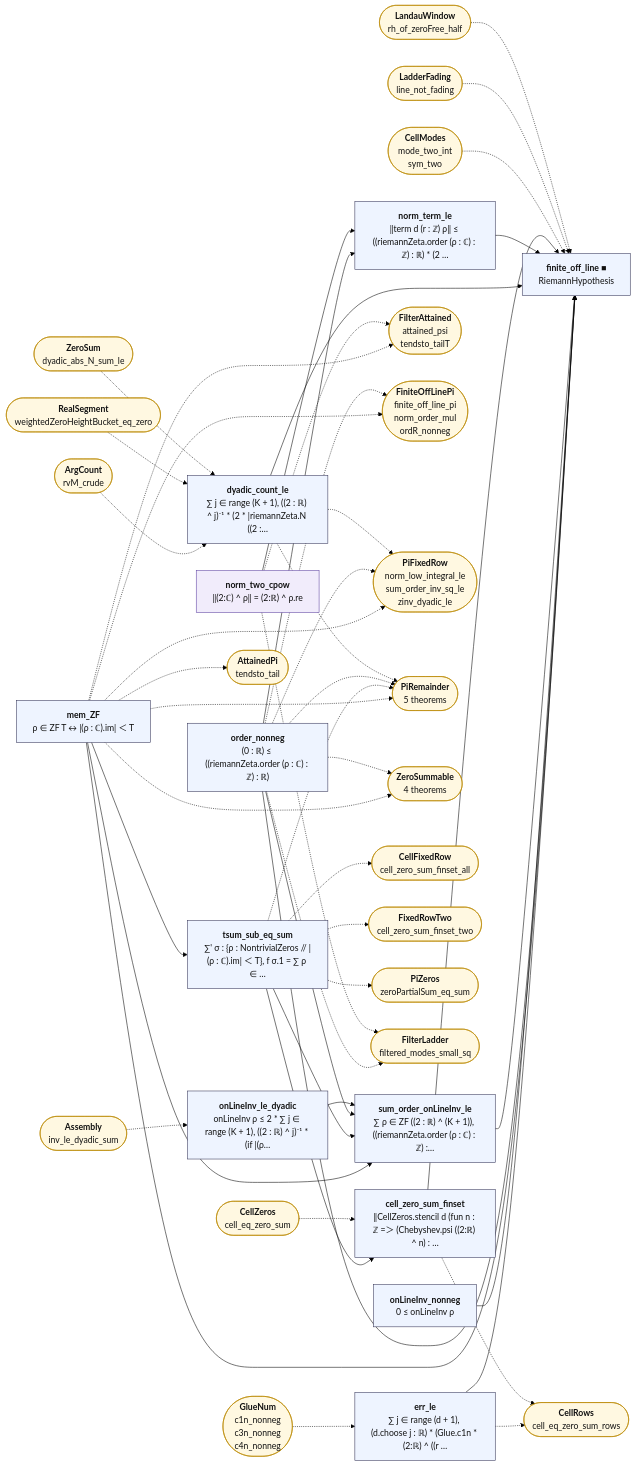
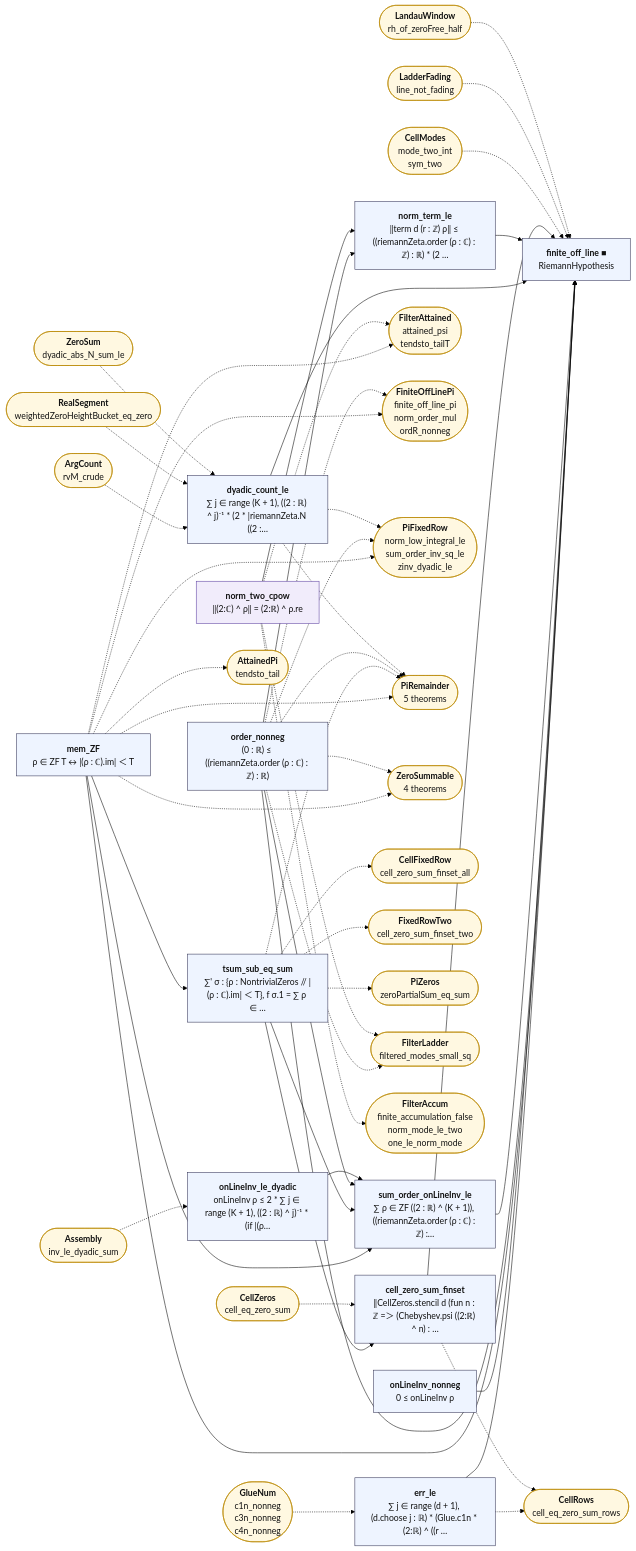
One commit to juliansambranojr/Primebeat_081426 changed the diagram in map/lean_stage3/FiniteOffLine.mmd. Above: the diagram before and after it, drawn with Mermaid (forest theme). The commit also changed 33 other files, not shown here.

First line of the commit message:
Block S3: modes accumulating at finitely many points contradict the ladder bound (unit 0468)

```diff
--- a/map/lean_stage3/FiniteOffLine.mmd
+++ b/map/lean_stage3/FiniteOffLine.mmd
@@ -1,87 +1,89 @@
 flowchart LR
   n0["<b>mem_ZF</b><br/>ρ ∈ ZF T ↔ |(ρ : ℂ).im| ＜ T"]:::thm
   n1["<b>tsum_sub_eq_sum</b><br/>∑' σ : {ρ : NontrivialZeros // |(ρ : ℂ).im| ＜ T}, f σ.1 = ∑ ρ ∈ …"]:::thm
   n2["<b>order_nonneg</b><br/>(0 : ℝ) ≤ ((riemannZeta.order (ρ : ℂ) : ℤ) : ℝ)"]:::thm
   n3["<b>onLineInv_nonneg</b><br/>0 ≤ onLineInv ρ"]:::thm
   n4["<b>onLineInv_le_dyadic</b><br/>onLineInv ρ ≤ 2 * ∑ j ∈ range (K + 1), ((2 : ℝ) ^ j)⁻¹ * (if |(ρ…"]:::thm
   n5["<b>sum_order_onLineInv_le</b><br/>∑ ρ ∈ ZF ((2 : ℝ) ^ (K + 1)), ((riemannZeta.order (ρ : ℂ) : ℤ) :…"]:::thm
   n6["<b>dyadic_count_le</b><br/>∑ j ∈ range (K + 1), ((2 : ℝ) ^ j)⁻¹ * (2 * |riemannZeta.N ((2 :…"]:::thm
   n7["<b>norm_two_cpow</b><br/>‖(2:ℂ) ^ ρ‖ = (2:ℝ) ^ ρ.re"]:::shp
   n8["<b>norm_term_le</b><br/>‖term d (r : ℤ) ρ‖ ≤ ((riemannZeta.order (ρ : ℂ) : ℤ) : ℝ) * (2 …"]:::thm
   n9["<b>cell_zero_sum_finset</b><br/>‖CellZeros.stencil d (fun n : ℤ =＞ (Chebyshev.psi ((2:ℝ) ^ n) : …"]:::thm
   n10["<b>err_le</b><br/>∑ j ∈ range (d + 1), (d.choose j : ℝ) * (Glue.c1n * (2:ℝ) ^ ((r …"]:::thm
   n11["<b>finite_off_line ■</b><br/>RiemannHypothesis"]:::thm
   x0(["<b>AttainedPi</b><br/>tendsto_tail"]):::ext
   x1(["<b>FilterAttained</b><br/>attained_psi<br/>tendsto_tailT"]):::ext
   x2(["<b>FiniteOffLinePi</b><br/>finite_off_line_pi<br/>norm_order_mul<br/>ordR_nonneg"]):::ext
   x3(["<b>PiFixedRow</b><br/>norm_low_integral_le<br/>sum_order_inv_sq_le<br/>zinv_dyadic_le"]):::ext
   x4(["<b>PiRemainder</b><br/>5 theorems"]):::ext
   x5(["<b>ZeroSummable</b><br/>4 theorems"]):::ext
   x6(["<b>CellFixedRow</b><br/>cell_zero_sum_finset_all"]):::ext
   x7(["<b>FixedRowTwo</b><br/>cell_zero_sum_finset_two"]):::ext
   x8(["<b>PiZeros</b><br/>zeroPartialSum_eq_sum"]):::ext
   x9(["<b>FilterLadder</b><br/>filtered_modes_small_sq"]):::ext
   x10(["<b>Assembly</b><br/>inv_le_dyadic_sum"]):::ext
   x11(["<b>ArgCount</b><br/>rvM_crude"]):::ext
   x12(["<b>RealSegment</b><br/>weightedZeroHeightBucket_eq_zero"]):::ext
   x13(["<b>ZeroSum</b><br/>dyadic_abs_N_sum_le"]):::ext
-  x14(["<b>CellZeros</b><br/>cell_eq_zero_sum"]):::ext
-  x15(["<b>CellRows</b><br/>cell_eq_zero_sum_rows"]):::ext
-  x16(["<b>GlueNum</b><br/>c1n_nonneg<br/>c3n_nonneg<br/>c4n_nonneg"]):::ext
-  x17(["<b>CellModes</b><br/>mode_two_int<br/>sym_two"]):::ext
-  x18(["<b>LadderFading</b><br/>line_not_fading"]):::ext
-  x19(["<b>LandauWindow</b><br/>rh_of_zeroFree_half"]):::ext
+  x14(["<b>FilterAccum</b><br/>finite_accumulation_false<br/>norm_mode_le_two<br/>one_le_norm_mode"]):::ext
+  x15(["<b>CellZeros</b><br/>cell_eq_zero_sum"]):::ext
+  x16(["<b>CellRows</b><br/>cell_eq_zero_sum_rows"]):::ext
+  x17(["<b>GlueNum</b><br/>c1n_nonneg<br/>c3n_nonneg<br/>c4n_nonneg"]):::ext
+  x18(["<b>CellModes</b><br/>mode_two_int<br/>sym_two"]):::ext
+  x19(["<b>LadderFading</b><br/>line_not_fading"]):::ext
+  x20(["<b>LandauWindow</b><br/>rh_of_zeroFree_half"]):::ext
   n0 --> n1
   n0 --> n11
   n0 --> n5
   n1 --> n5
   n1 --> n9
   n10 --> n11
   n2 --> n11
   n2 --> n5
   n2 --> n8
   n3 --> n11
   n4 --> n5
   n5 --> n11
   n6 --> n11
   n7 --> n8
   n8 --> n11
   n9 --> n11
   n0 -.-> x0
   n0 -.-> x1
   n0 -.-> x2
   n0 -.-> x3
   n0 -.-> x4
   n0 -.-> x5
   n1 -.-> x4
   n1 -.-> x6
   n1 -.-> x7
   n1 -.-> x8
-  n10 -.-> x15
+  n10 -.-> x16
   n2 -.-> x2
   n2 -.-> x3
   n2 -.-> x4
   n2 -.-> x5
   n2 -.-> x9
   n6 -.-> x3
   n6 -.-> x4
   n7 -.-> x1
+  n7 -.-> x14
   n7 -.-> x9
-  n9 -.-> x15
+  n9 -.-> x16
   x10 -.-> n4
   x11 -.-> n6
   x12 -.-> n6
   x13 -.-> n6
-  x14 -.-> n9
-  x16 -.-> n10
-  x17 -.-> n11
+  x15 -.-> n9
+  x17 -.-> n10
   x18 -.-> n11
   x19 -.-> n11
+  x20 -.-> n11
   classDef cnt fill:#dff5ec,stroke:#17694a,color:#111
   classDef shp fill:#f1ecfb,stroke:#5b3fa0,color:#111
   classDef rh fill:#ffe5e5,stroke:#c22,color:#111,stroke-width:2px
   classDef thm fill:#eef4ff,stroke:#335,color:#111
   classDef end_ fill:#e7f7e7,stroke:#2a7,color:#111,stroke-width:2px
   classDef lone fill:#fff,stroke:#999,color:#111,stroke-dasharray:4 3
   classDef bad fill:#ffe5e5,stroke:#c22,color:#111,stroke-width:2px
   classDef ext fill:#fff8e1,stroke:#b80,color:#111
```
